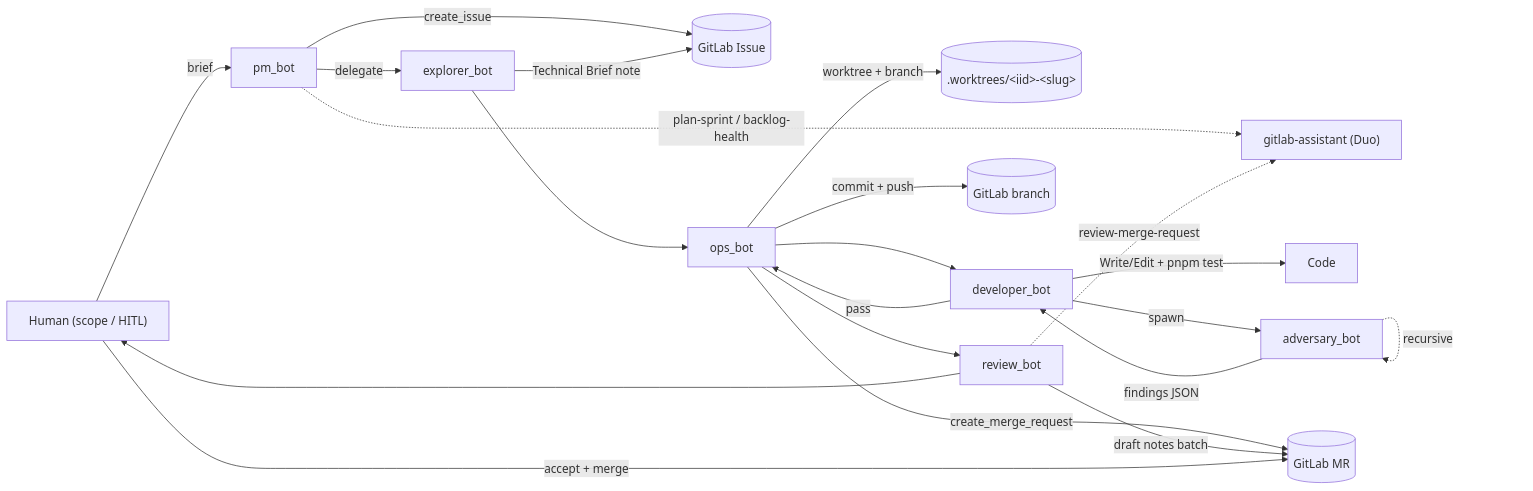
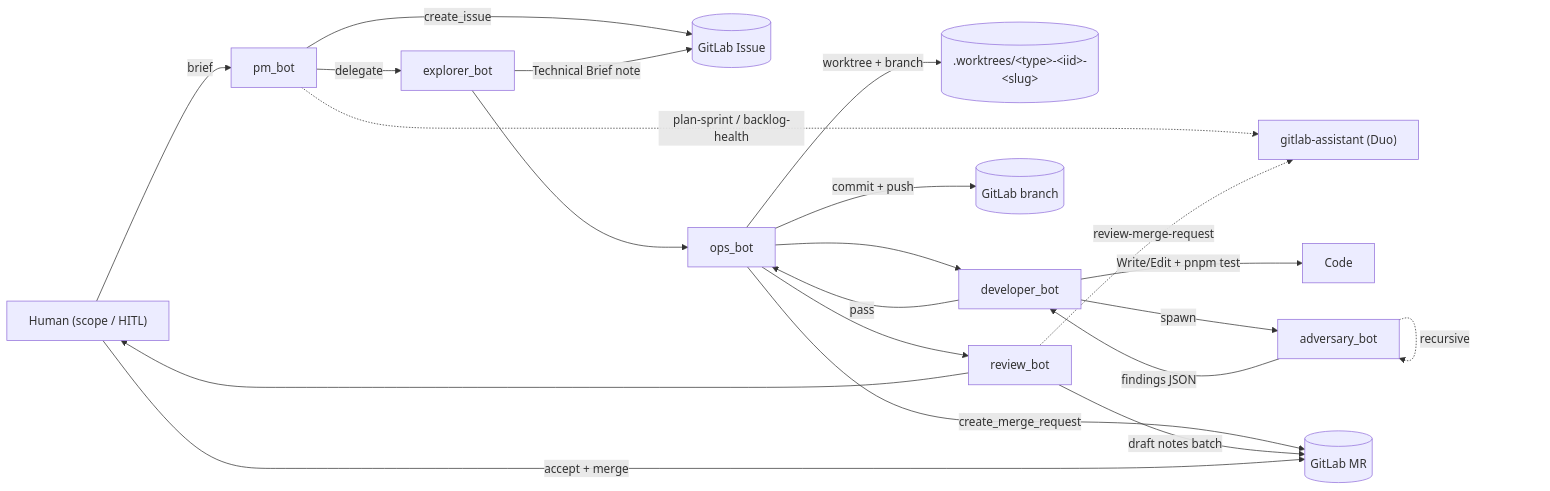
One commit to sebazai/eggosystem changed the first of 2 diagrams in AGENTS.md. Above: the diagram before and after it, drawn with Mermaid. The commit also changed other lines of this file and 3 other files, not shown here.

Commit message:
Worktree and branch same name

````diff
--- a/AGENTS.md
+++ b/AGENTS.md
@@ -15,23 +15,23 @@
 ```mermaid
 flowchart LR
     Human["Human (scope / HITL)"] -->|brief| PM[pm_bot]
     PM -->|create_issue| Issue[("GitLab Issue")]
     PM -->|delegate| Explorer[explorer_bot]
     PM -.plan-sprint / backlog-health.-> Duo["gitlab-assistant (Duo)"]
     Explorer -->|"Technical Brief note"| Issue
     Explorer --> Ops[ops_bot]
-    Ops -->|worktree + branch| WT[(".worktrees/&lt;iid&gt;-&lt;slug&gt;")]
+    Ops -->|worktree + branch| WT[(".worktrees/&lt;type&gt;-&lt;iid&gt;-&lt;slug&gt;")]
     Ops --> Developer[developer_bot]
     Developer -->|"Write/Edit + pnpm test"| Code
     Developer -->|spawn| Adversary[adversary_bot]
     Adversary -->|"findings JSON"| Developer
     Adversary -. recursive .-> Adversary
     Developer -->|pass| Ops
     Ops -->|commit + push| Branch[(GitLab branch)]
     Ops -->|create_merge_request| MR[(GitLab MR)]
     Ops --> Review[review_bot]
     Review -.review-merge-request.-> Duo
     Review -->|draft notes batch| MR
     Review --> Human
     Human -->|accept + merge| MR
 ```
````
